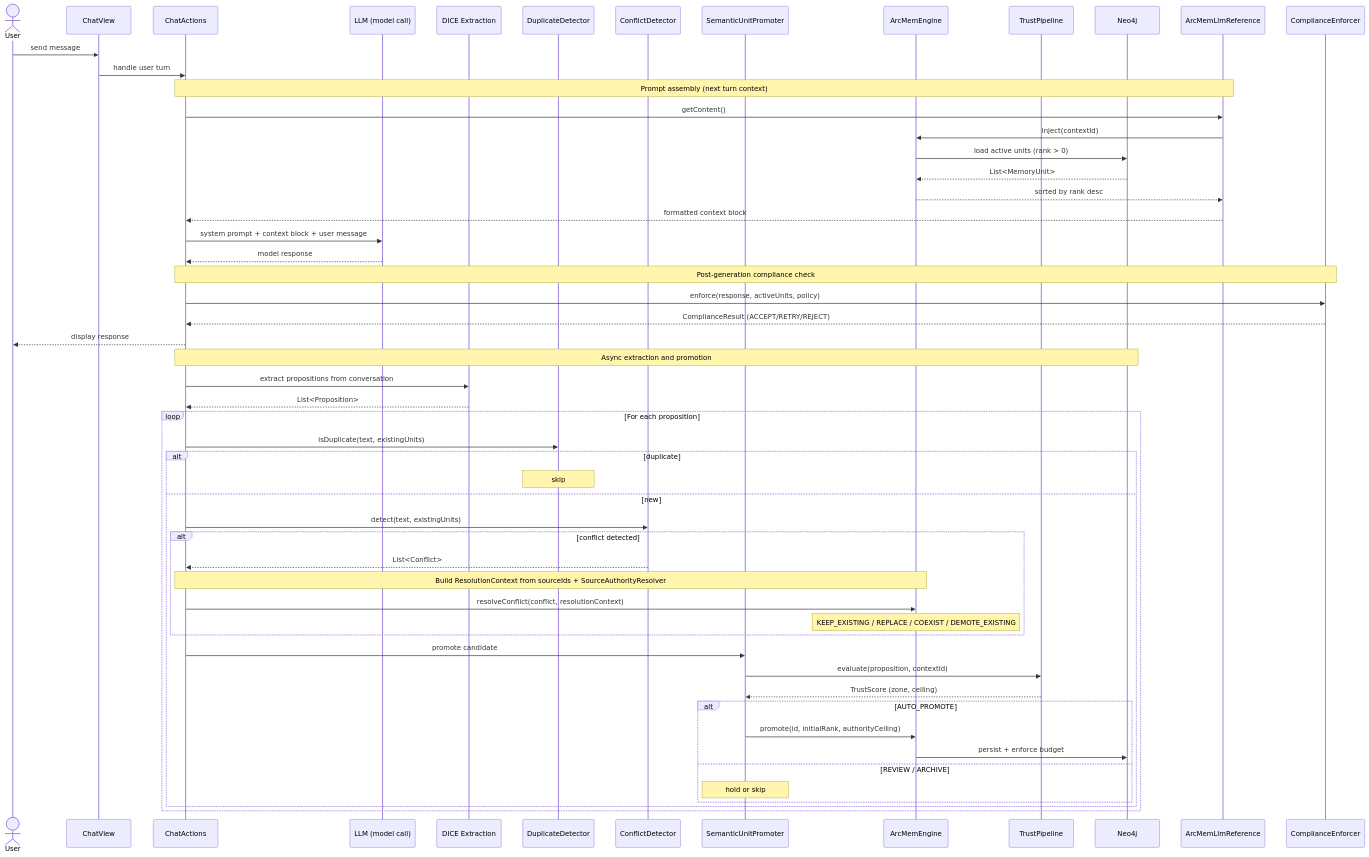
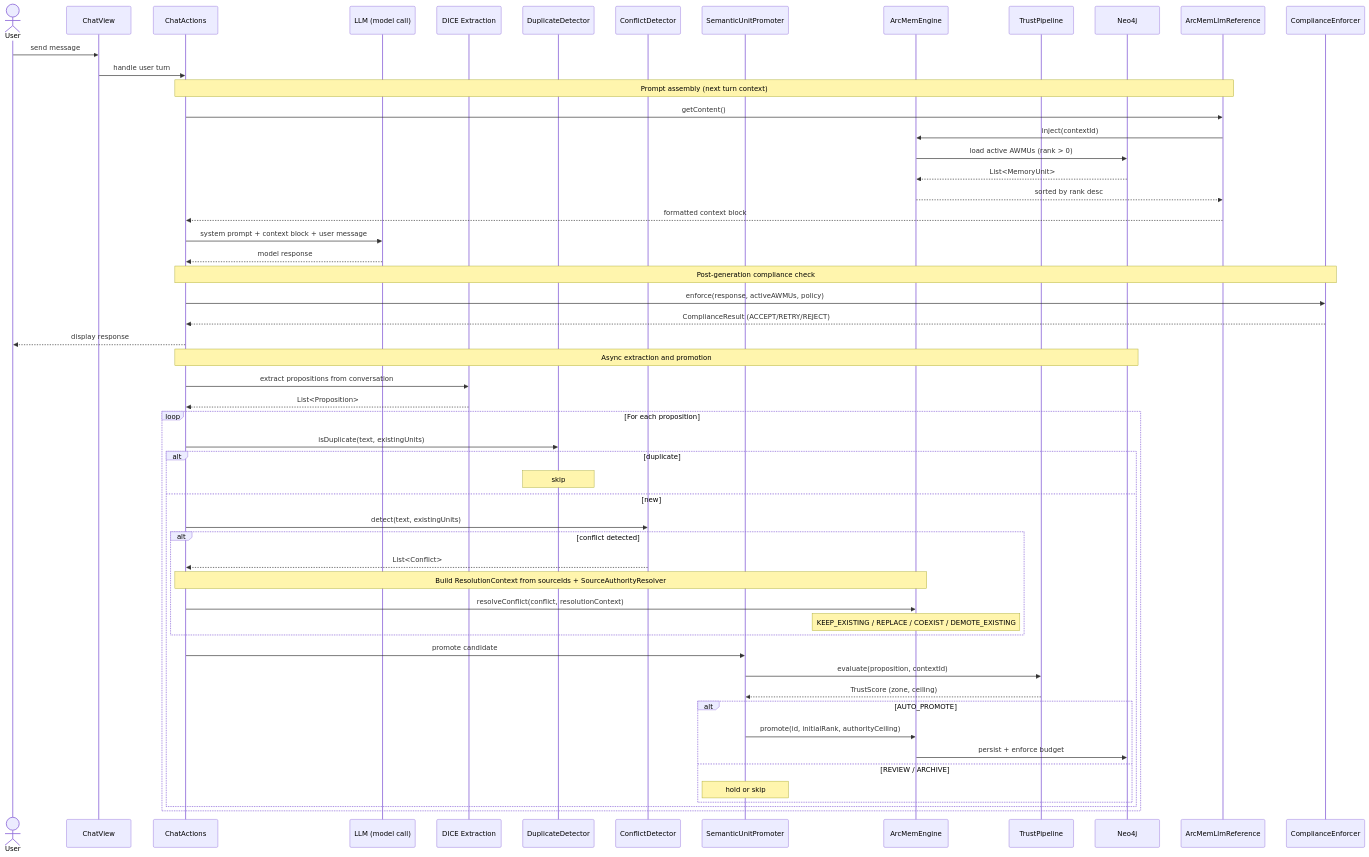
The first of 6 diagrams in docs/data-flows.md (jimador/arc-mem), drawn with Mermaid before and after one commit. The commit also changed other lines of this file and 125 other files, not shown here.

````diff
--- a/docs/data-flows.md
+++ b/docs/data-flows.md
@@ -11,64 +11,64 @@
 ```mermaid
 sequenceDiagram
     actor User
     participant CV as ChatView
     participant CA as ChatActions
     participant LLM as LLM (model call)
     participant EXT as DICE Extraction
     participant DD as DuplicateDetector
     participant CD as ConflictDetector
     participant UP as SemanticUnitPromoter
     participant AE as ArcMemEngine
     participant TP as TrustPipeline
     participant DB as Neo4j
     participant REF as ArcMemLlmReference
     participant CE as ComplianceEnforcer
 
     User->>CV: send message
     CV->>CA: handle user turn
 
     Note over CA,REF: Prompt assembly (next turn context)
     CA->>REF: getContent()
     REF->>AE: inject(contextId)
-    AE->>DB: load active units (rank > 0)
+    AE->>DB: load active AWMUs (rank > 0)
     DB-->>AE: List<MemoryUnit>
     AE-->>REF: sorted by rank desc
     REF-->>CA: formatted context block
 
     CA->>LLM: system prompt + context block + user message
     LLM-->>CA: model response
 
     Note over CA,CE: Post-generation compliance check
-    CA->>CE: enforce(response, activeUnits, policy)
+    CA->>CE: enforce(response, activeAWMUs, policy)
     CE-->>CA: ComplianceResult (ACCEPT/RETRY/REJECT)
 
     CA-->>User: display response
 
     Note over CA,DB: Async extraction and promotion
     CA->>EXT: extract propositions from conversation
     EXT-->>CA: List<Proposition>
 
     loop For each proposition
         CA->>DD: isDuplicate(text, existingUnits)
         alt duplicate
             Note over DD: skip
         else new
             CA->>CD: detect(text, existingUnits)
             alt conflict detected
                 CD-->>CA: List<Conflict>
                 Note over CA,AE: Build ResolutionContext from sourceIds + SourceAuthorityResolver
                 CA->>AE: resolveConflict(conflict, resolutionContext)
                 Note over AE: KEEP_EXISTING / REPLACE / COEXIST / DEMOTE_EXISTING
             end
             CA->>UP: promote candidate
             UP->>TP: evaluate(proposition, contextId)
             TP-->>UP: TrustScore (zone, ceiling)
             alt AUTO_PROMOTE
                 UP->>AE: promote(id, initialRank, authorityCeiling)
                 AE->>DB: persist + enforce budget
             else REVIEW / ARCHIVE
                 Note over UP: hold or skip
             end
         end
     end
 ```
````
